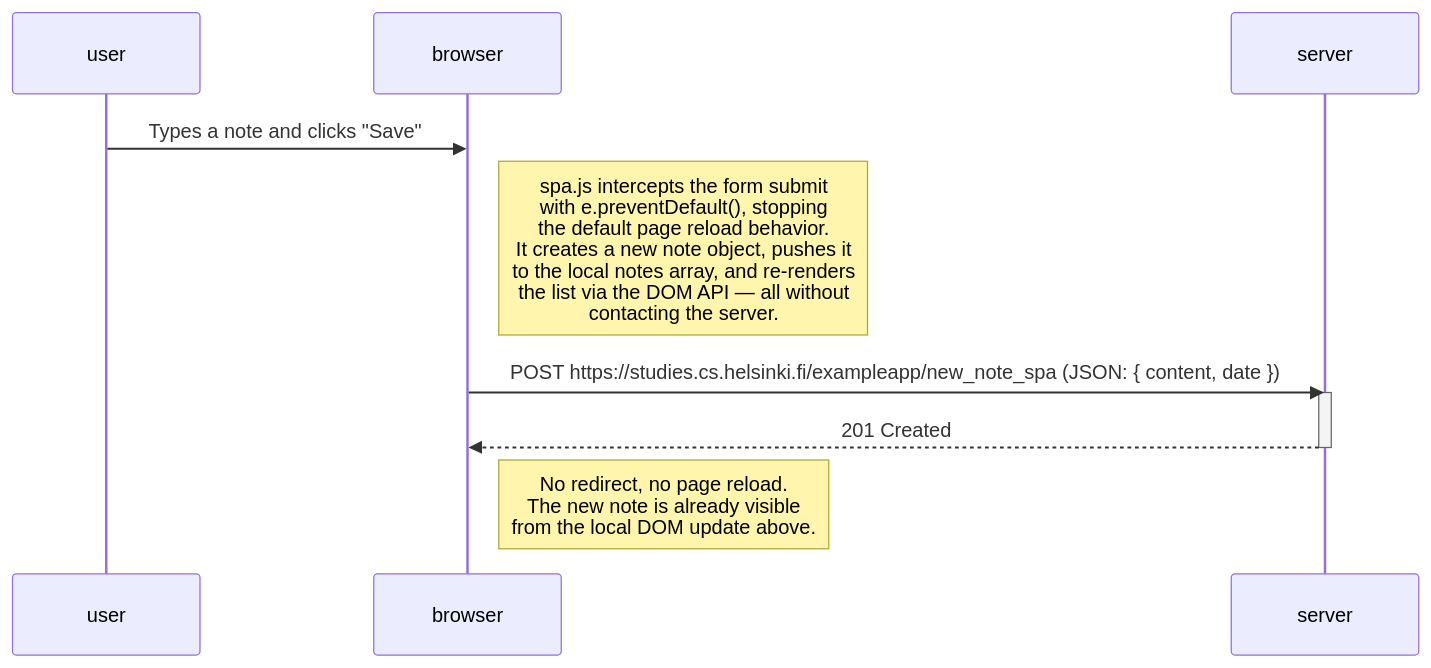
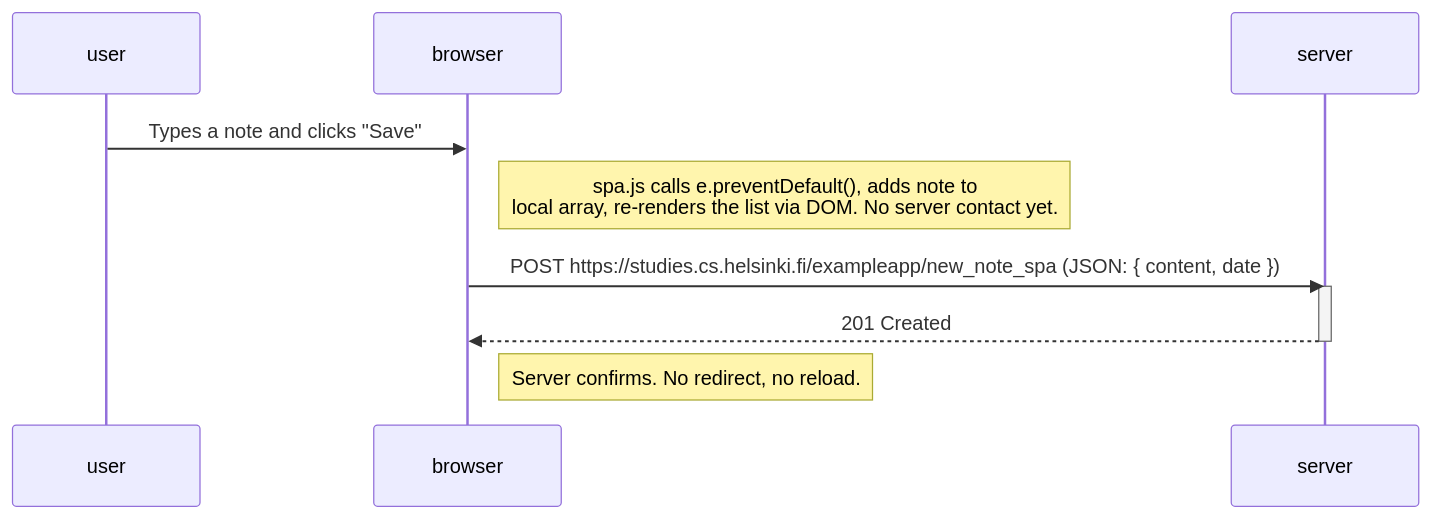
The diagram in part0/exercise-0.6/spa_new_note_sequence.md (HadenHiles/full-stack-open), drawn with Mermaid before and after one commit. The commit also changed other lines of this file and 2 other files, not shown here.

Commit message:
clean up notes and descriptions

````diff
--- a/part0/exercise-0.6/spa_new_note_sequence.md
+++ b/part0/exercise-0.6/spa_new_note_sequence.md
@@ -5,17 +5,17 @@
 ```mermaid
 sequenceDiagram
     participant user
     participant browser
     participant server
 
     user->>browser: Types a note and clicks "Save"
 
-    Note right of browser: spa.js intercepts the form submit<br/>with e.preventDefault(), stopping<br/>the default page reload behavior.<br/>It creates a new note object, pushes it<br/>to the local notes array, and re-renders<br/>the list via the DOM API — all without<br/>contacting the server.
+    Note right of browser: spa.js calls e.preventDefault(), adds note to<br/>local array, re-renders the list via DOM. No server contact yet.
 
     browser->>server: POST https://studies.cs.helsinki.fi/exampleapp/new_note_spa (JSON: { content, date })
     activate server
     server-->>browser: 201 Created
     deactivate server
 
-    Note right of browser: No redirect, no page reload.<br/>The new note is already visible<br/>from the local DOM update above.
+    Note right of browser: Server confirms. No redirect, no reload.
 ```
````
